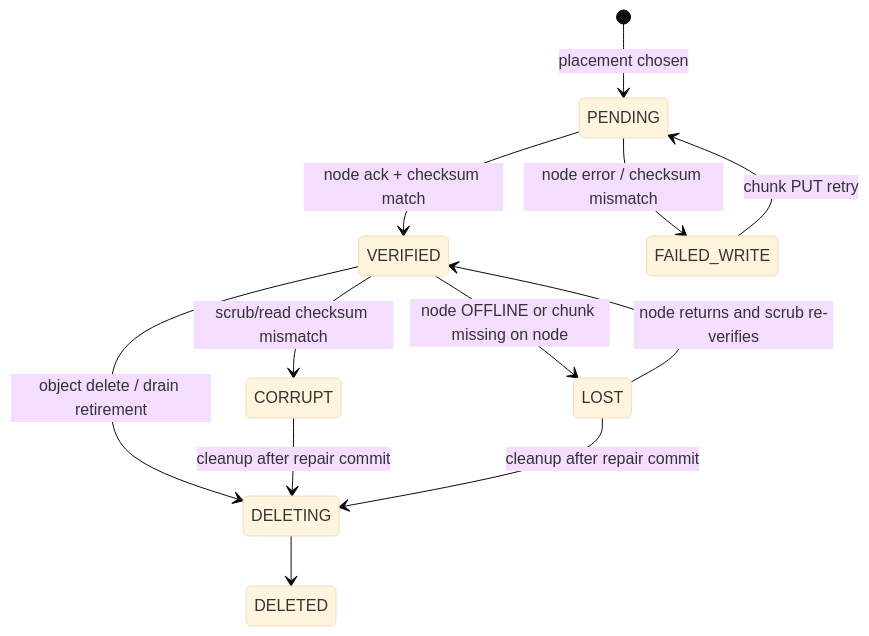
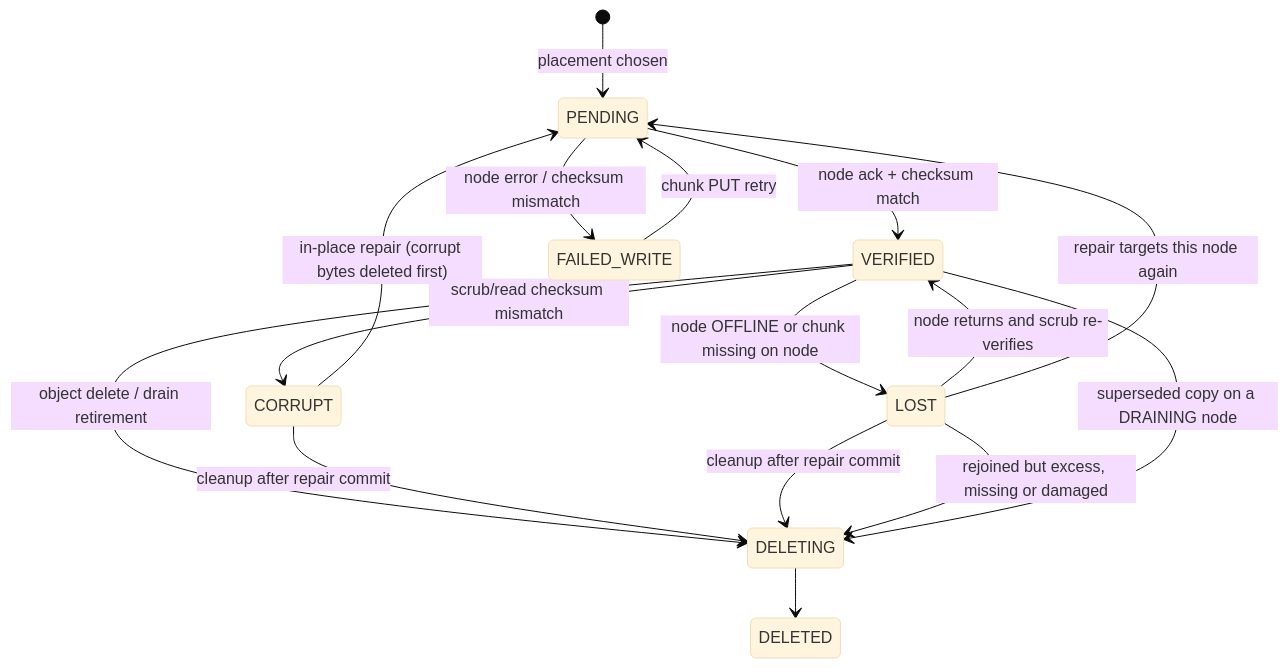
The second of 4 diagrams in docs/state-machines.md (safalyareddy/ByteVault-), drawn with Mermaid (base theme) before and after one commit. The commit also changed other lines of this file and 35 other files, not shown here.

````diff
--- a/docs/state-machines.md
+++ b/docs/state-machines.md
@@ -63,14 +63,18 @@
 ```mermaid
 stateDiagram-v2
     [*] --> PENDING: placement chosen
     PENDING --> VERIFIED: node ack + checksum match
     PENDING --> FAILED_WRITE: node error / checksum mismatch
     VERIFIED --> CORRUPT: scrub/read checksum mismatch
     VERIFIED --> LOST: node OFFLINE or chunk missing on node
     LOST --> VERIFIED: node returns and scrub re-verifies
     VERIFIED --> DELETING: object delete / drain retirement
     CORRUPT --> DELETING: cleanup after repair commit
     LOST --> DELETING: cleanup after repair commit
     FAILED_WRITE --> PENDING: chunk PUT retry
+    CORRUPT --> PENDING: in-place repair (corrupt bytes deleted first)
+    LOST --> PENDING: repair targets this node again
+    LOST --> DELETING: rejoined but excess, missing or damaged
+    VERIFIED --> DELETING: superseded copy on a DRAINING node
     DELETING --> DELETED
 ```
````
